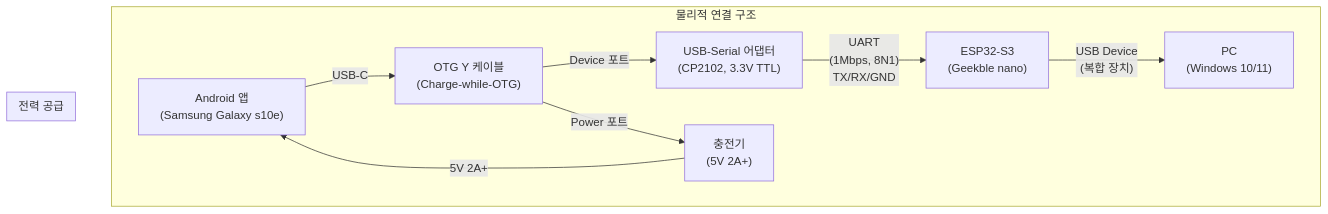
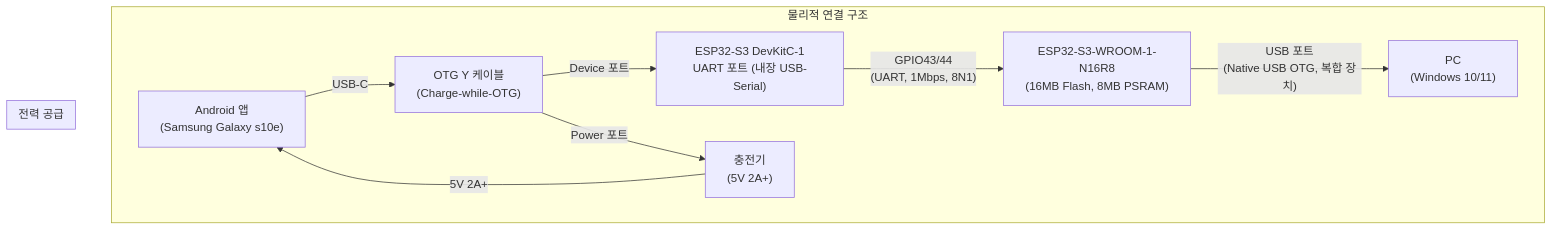
One commit to sq4567/BridgeOne changed the first of 2 diagrams in docs/technical-specification.md. Above: the diagram before and after it, drawn with Mermaid. The commit also changed other lines of this file and 14 other files, not shown here.

First line of the commit message:
init: ESP32-S3 DevKitC-1 보드 교체 문서 및 코드 업데이트 완료

````diff
--- a/docs/technical-specification.md
+++ b/docs/technical-specification.md
@@ -39,14 +39,14 @@
 ```mermaid
 graph TD
     subgraph "물리적 연결 구조"
         Android_App["Android 앱<br/>(Samsung Galaxy s10e)"] -- "USB-C" --> OTG_Y["OTG Y 케이블<br/>(Charge-while-OTG)"]
-        OTG_Y -- "Device 포트" --> USB_Serial["USB-Serial 어댑터<br/>(CP2102, 3.3V TTL)"]
+        OTG_Y -- "Device 포트" --> ESP32_UART["ESP32-S3 DevKitC-1<br/>UART 포트 (내장 USB-Serial)"]
         OTG_Y -- "Power 포트" --> Charger["충전기<br/>(5V 2A+)"]
-        USB_Serial -- "UART<br/>(1Mbps, 8N1)<br/>TX/RX/GND" --> ESP32_S3["ESP32-S3<br/>(Geekble nano)"]
-        ESP32_S3 -- "USB Device<br/>(복합 장치)" --> PC["PC<br/>(Windows 10/11)"]
+        ESP32_UART -- "GPIO43/44<br/>(UART, 1Mbps, 8N1)" --> ESP32_S3["ESP32-S3-WROOM-1-N16R8<br/>(16MB Flash, 8MB PSRAM)"]
+        ESP32_S3 -- "USB 포트<br/>(Native USB OTG, 복합 장치)" --> PC["PC<br/>(Windows 10/11)"]
     end
     
     subgraph "전력 공급"
         Charger -- "5V 2A+" --> Android_App
     end
 ```
````
